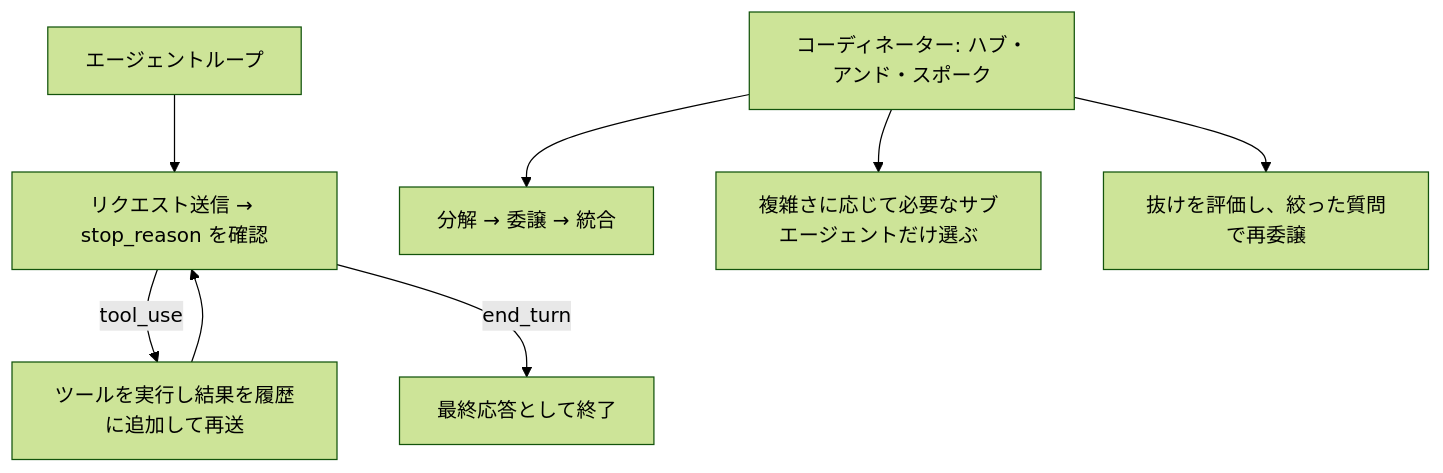
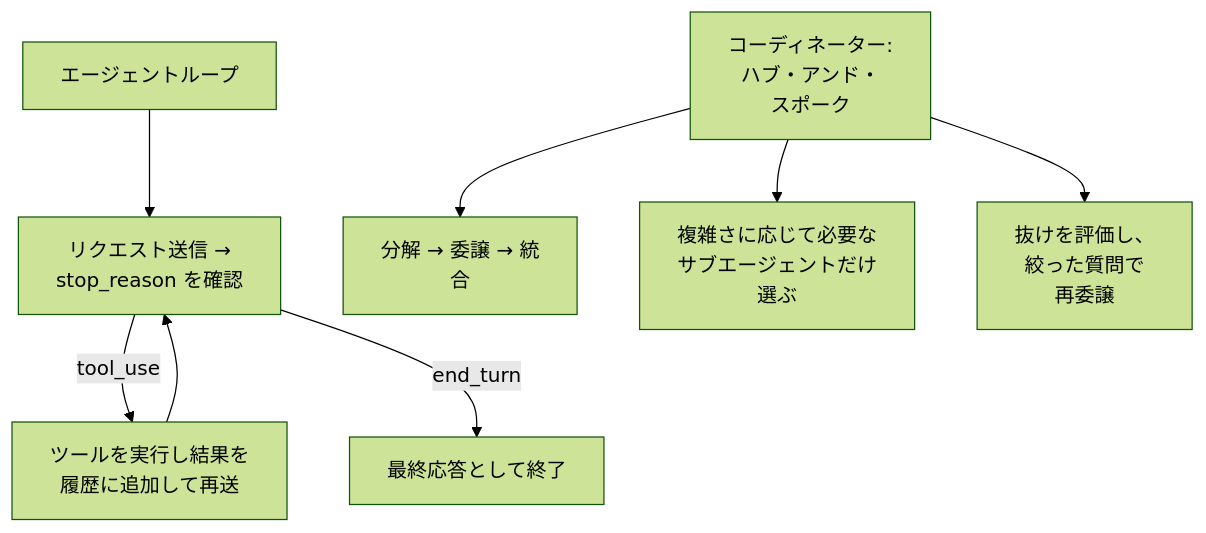
The second of 6 diagrams in claude/architect-foundations/overview.md (shingo0321/study), drawn with Mermaid (forest theme) before and after one commit. The commit also changed other lines of this file and 5 other files, not shown here.

First line of the commit message:
Mermaid俯瞰図を横スクロールなしで表示できるよう調整

````diff
--- a/claude/architect-foundations/overview.md
+++ b/claude/architect-foundations/overview.md
@@ -40,10 +40,10 @@
 ```mermaid
 flowchart TD
-  L["エージェントループ"] --> L1["リクエスト送信 → stop_reason を確認"]
-  L1 -->|"tool_use"| L2["ツールを実行し結果を履歴に追加して再送"]
+  L["エージェントループ"] --> L1["リクエスト送信 →<br/>stop_reason を確認"]
+  L1 -->|"tool_use"| L2["ツールを実行し結果を<br/>履歴に追加して再送"]
   L2 --> L1
   L1 -->|"end_turn"| L3["最終応答として終了"]
-  C["コーディネーター: ハブ・アンド・スポーク"] --> C1["分解 → 委譲 → 統合"]
-  C --> C2["複雑さに応じて必要なサブエージェントだけ選ぶ"]
-  C --> C3["抜けを評価し、絞った質問で再委譲"]
+  C["コーディネーター:<br/>ハブ・アンド・<br/>スポーク"] --> C1["分解 → 委譲 → 統<br/>合"]
+  C --> C2["複雑さに応じて必要な<br/>サブエージェントだけ<br/>選ぶ"]
+  C --> C3["抜けを評価し、<br/>絞った質問で<br/>再委譲"]
 ```
````
